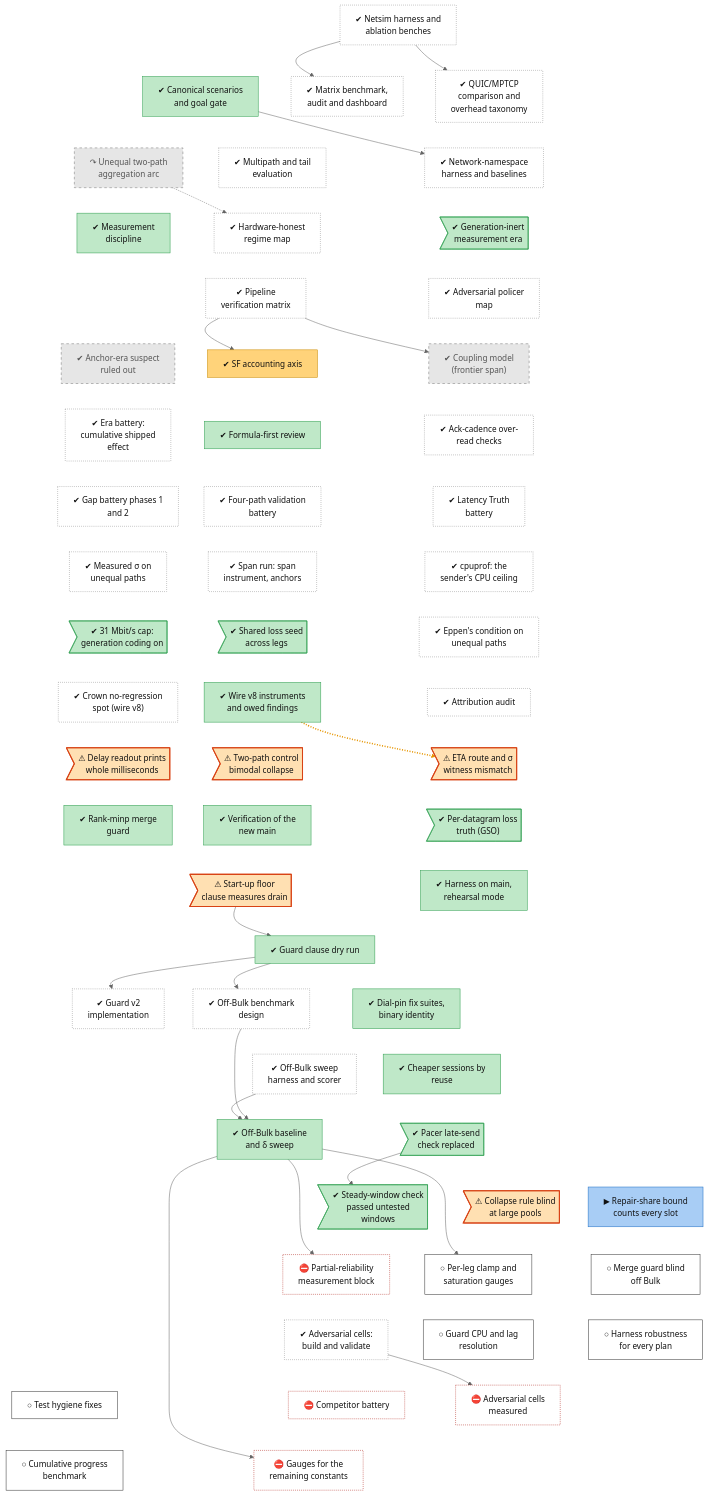
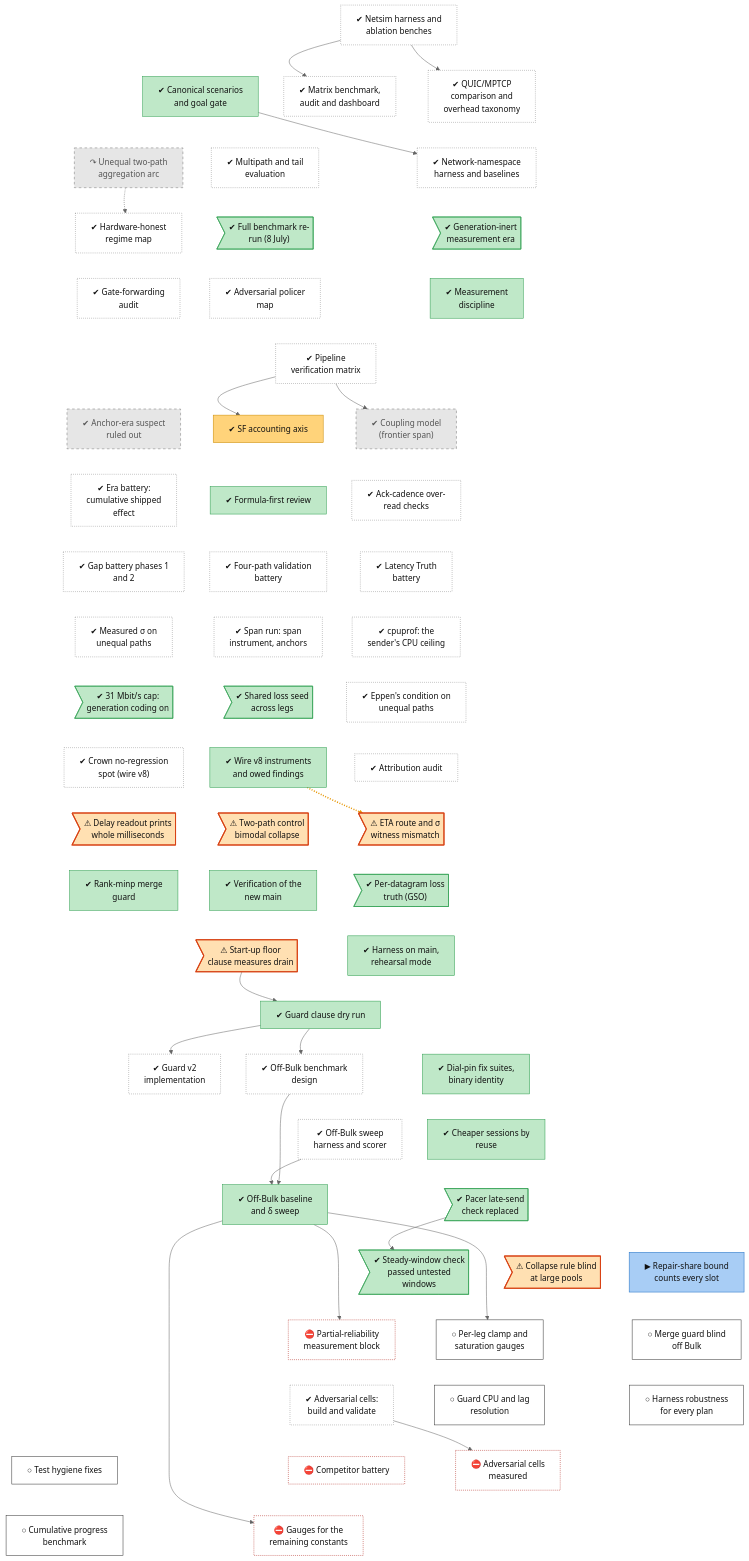
One commit to lhns/raptorpath changed the diagram in docs/roadmap/tracks/meas.md. Above: the diagram before and after it, drawn with Mermaid (neutral theme). The commit also changed other lines of this file and 15 other files, not shown here.

First line of the commit message:
roadmap: show folded records; labelled backfill items; own-verdict records promoted

```diff
--- a/docs/roadmap/tracks/meas.md
+++ b/docs/roadmap/tracks/meas.md
@@ -17,9 +17,11 @@
     meas_l2_multipath["✔ Multipath and tail<br/>evaluation"]
     meas_c8_aggregation_arc["↷ Unequal two-path<br/>aggregation arc"]
     meas_gen_inert_era>"✔ Generation-inert<br/>measurement era"]
+    meas_rerun_0708>"✔ Full benchmark re-<br/>run (8 July)"]
     meas_regime_map["✔ Hardware-honest<br/>regime map"]
     meas_adr52_discipline["✔ Measurement<br/>discipline"]
     meas_adversarial_b1["✔ Adversarial policer<br/>map"]
+    meas_gate_audit["✔ Gate-forwarding<br/>audit"]
     meas_pipeline_verification["✔ Pipeline<br/>verification matrix"]
     meas_coupling_model["✔ Coupling model<br/>(frontier span)"]
     meas_sf_accounting["✔ SF accounting axis"]
@@ -76,12 +78,15 @@
     meas_matrix_bench ~~~ meas_l2_multipath
     meas_adr51_scenarios ~~~ meas_c8_aggregation_arc
     meas_l1_harness ~~~ meas_gen_inert_era
-    meas_l2_multipath ~~~ meas_regime_map
-    meas_c8_aggregation_arc ~~~ meas_adr52_discipline
-    meas_gen_inert_era ~~~ meas_adversarial_b1
-    meas_regime_map ~~~ meas_pipeline_verification
+    meas_l2_multipath ~~~ meas_rerun_0708
+    meas_c8_aggregation_arc ~~~ meas_regime_map
+    meas_gen_inert_era ~~~ meas_adr52_discipline
+    meas_rerun_0708 ~~~ meas_adversarial_b1
+    meas_regime_map ~~~ meas_gate_audit
     meas_adr52_discipline ~~~ meas_pipeline_verification
-    meas_adversarial_b1 ~~~ meas_coupling_model
+    meas_adversarial_b1 ~~~ meas_pipeline_verification
+    meas_gate_audit ~~~ meas_pipeline_verification
+    meas_pipeline_verification ~~~ meas_coupling_model
     meas_pipeline_verification ~~~ meas_sf_accounting
     meas_pipeline_verification ~~~ meas_anchor_era_suspect
     meas_coupling_model ~~~ meas_ack_cadence
@@ -150,7 +155,7 @@
     meas_s51_session --> meas_s51_c8_gauges
     meas_adversarial_cells_build --> meas_adversarial_cells_run
     meas_s51_session --> meas_fix_gauges_p3
-    linkStyle 70 stroke:#e69500,stroke-width:3px,stroke-dasharray:2 3
+    linkStyle 73 stroke:#e69500,stroke-width:3px,stroke-dasharray:2 3
     classDef vsucc fill:#2e9e4f,stroke:#1b6b34,color:#fff
     classDef succ fill:#bfe8c8,stroke:#2e9e4f,color:#111
     classDef mixed fill:#ffd37a,stroke:#c98a00,color:#111
@@ -164,8 +169,8 @@
     classDef userdec fill:#d9c2f0,stroke:#7b3fb5,color:#111
     classDef defect fill:#ffe0b2,stroke:#d84315,stroke-width:2px,color:#111
     classDef waiting fill:#e3f2fd,stroke:#1f6fc5,stroke-dasharray:5 5,color:#111
-    class meas_l0_sim_bench,meas_transport_comparison,meas_matrix_bench,meas_l1_harness,meas_l2_multipath,meas_regime_map,meas_adversarial_b1,meas_pipeline_verification,meas_ack_cadence,meas_goal_0819,meas_latency_truth,meas_c9_battery,meas_gap_phases,meas_cpuprof,meas_span_run,meas_sigma_c8,meas_eppen_c8,meas_attribution_audit,meas_crown_spot_v8,meas_guard_v2_impl,meas_s51_design,meas_s51_harness,meas_adversarial_cells_build unrated
-    class meas_adr51_scenarios,meas_gen_inert_era,meas_adr52_discipline,meas_formula_first,meas_defect_shared_seed,meas_defect_31mbit,meas_wire_v8,meas_gso_truth,meas_v4_verification,meas_guard_41c,meas_harness_consolidation,meas_guard_clause_dry,meas_s58_session,meas_harness_reuse,meas_s51_session,meas_blocke_pacing_gate,meas_blocke_steady_rule succ
+    class meas_l0_sim_bench,meas_transport_comparison,meas_matrix_bench,meas_l1_harness,meas_l2_multipath,meas_regime_map,meas_adversarial_b1,meas_gate_audit,meas_pipeline_verification,meas_ack_cadence,meas_goal_0819,meas_latency_truth,meas_c9_battery,meas_gap_phases,meas_cpuprof,meas_span_run,meas_sigma_c8,meas_eppen_c8,meas_attribution_audit,meas_crown_spot_v8,meas_guard_v2_impl,meas_s51_design,meas_s51_harness,meas_adversarial_cells_build unrated
+    class meas_adr51_scenarios,meas_gen_inert_era,meas_rerun_0708,meas_adr52_discipline,meas_formula_first,meas_defect_shared_seed,meas_defect_31mbit,meas_wire_v8,meas_gso_truth,meas_v4_verification,meas_guard_41c,meas_harness_consolidation,meas_guard_clause_dry,meas_s58_session,meas_harness_reuse,meas_s51_session,meas_blocke_pacing_gate,meas_blocke_steady_rule succ
     class meas_c8_aggregation_arc,meas_coupling_model,meas_anchor_era_suspect dead
     class meas_sf_accounting mixed
     class meas_defect_eta_witness,meas_defect_c8_bimodal,meas_defect_diag_rtp_ms,meas_defect_rtp_floor,meas_defect_cr61_large_pool defect
```
